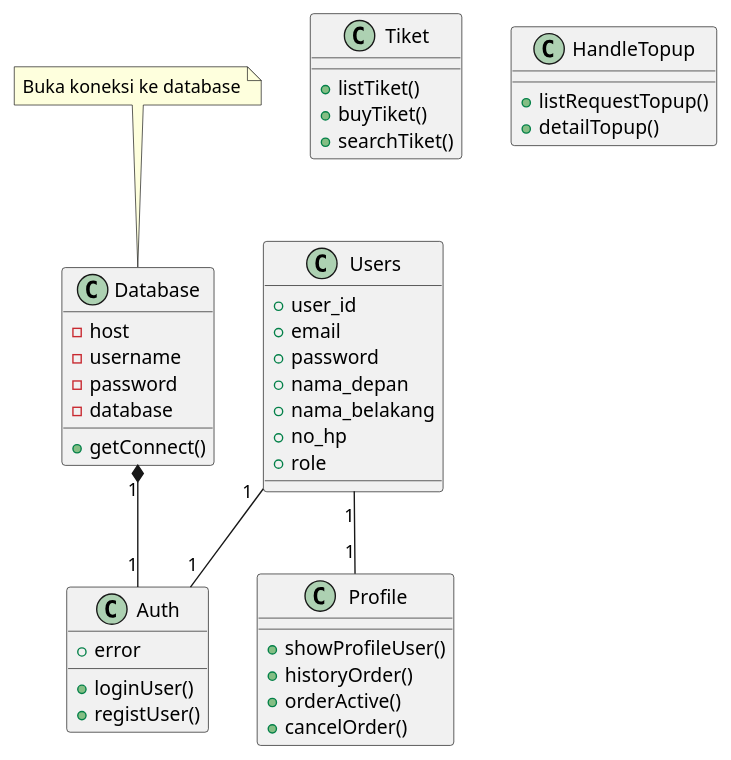
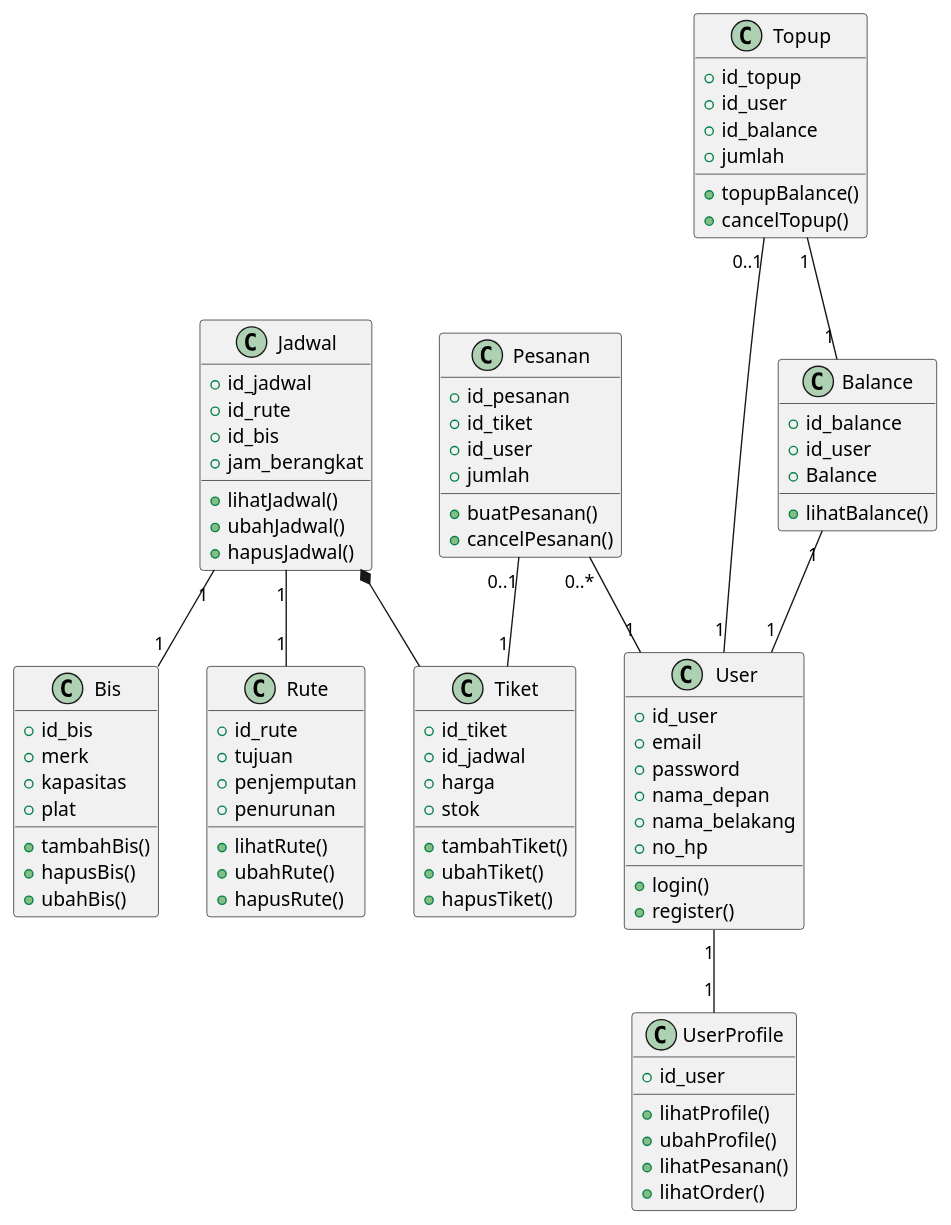
Before and after one commit to arief05652/ticket-in: the diagram in adbo/class.wsd, drawn with PlantUML. The commit also changed 25 other files, not shown here.

```diff
--- a/adbo/class.wsd
+++ b/adbo/class.wsd
@@ -1,53 +1,107 @@
-@startuml class diagram
+@startuml class_diagram
+' o = agregate
 
-class Users {
-    + user_id
-    + email 
+Jadwal "1" -- "1" Bis
+Jadwal "1" -- "1" Rute
+Jadwal *-- Tiket
+User "1" -- "1" UserProfile
+Pesanan "0..1" -- "1" Tiket
+Pesanan "0..*" -- "1" User
+Balance "1" -- "1" User
+Topup "0..1" -- "1" User
+Topup "1" -- "1" Balance
+
+class Topup {
+    + id_topup
+    + id_user
+    + id_balance
+    + jumlah
+
+    + topupBalance()
+    + cancelTopup()
+}
+
+class Balance {
+    + id_balance
+    + id_user
+    + Balance
+
+    + lihatBalance()
+}
+
+class Pesanan {
+    + id_pesanan
+    + id_tiket
+    + id_user
+    + jumlah
+
+    + buatPesanan()
+    + cancelPesanan()
+}
+
+class UserProfile {
+    + id_user
+
+    + lihatProfile()
+    + ubahProfile()
+    + lihatPesanan()
+    + lihatOrder()
+}
+
+class User {
+    + id_user
+    + email
     + password
     + nama_depan
     + nama_belakang
     + no_hp
-    + role
-}
-
-Users "1" -- "1" Auth
-Database "1" *-- "1" Auth
-
-class Database {
-    - host
-    - username
-    - password
-    - database
-
-    + getConnect()
-}
-note top of Database: Buka koneksi ke database
-
-class Auth {
-    + error
-
-    + loginUser()
-    + registUser()
-}
-
-Users "1" -- "1" Profile
-
-class Profile {
-    + showProfileUser()
-    + historyOrder()
-    + orderActive()
-    + cancelOrder()
+    
+    + login()
+    + register()
 }
 
 class Tiket {
-    + listTiket()
-    + buyTiket()
-    + searchTiket()
+    + id_tiket
+    + id_jadwal
+    + harga
+    + stok
+
+    + tambahTiket()
+    + ubahTiket()
+    + hapusTiket()
 }
 
-class HandleTopup {
-    + listRequestTopup()
-    + detailTopup()
+class Jadwal {
+    + id_jadwal
+    + id_rute
+    + id_bis
+    + jam_berangkat
+
+    + lihatJadwal()
+    + ubahJadwal()
+    + hapusJadwal()
+}
+
+class Rute {
+    + id_rute
+    + tujuan
+    + penjemputan
+    + penurunan
+
+    + lihatRute()
+    + ubahRute()
+    + hapusRute()
+}
+
+class Bis {
+    + id_bis 
+    + merk
+    + kapasitas
+    + plat
+
+    + tambahBis()
+    + hapusBis()
+    + ubahBis()
 }
 
 @enduml
```
